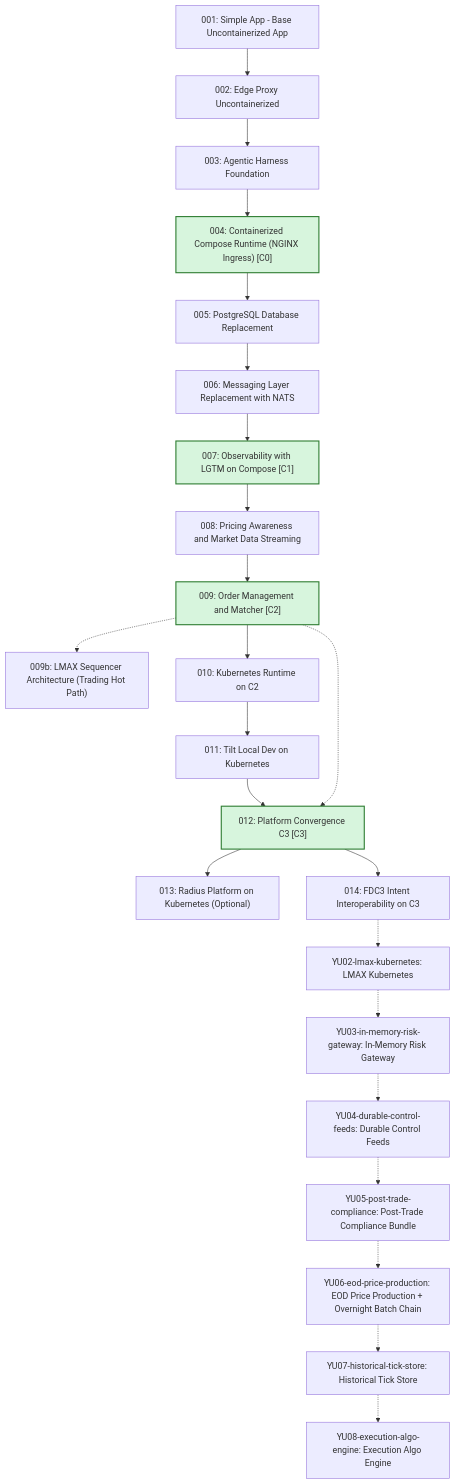
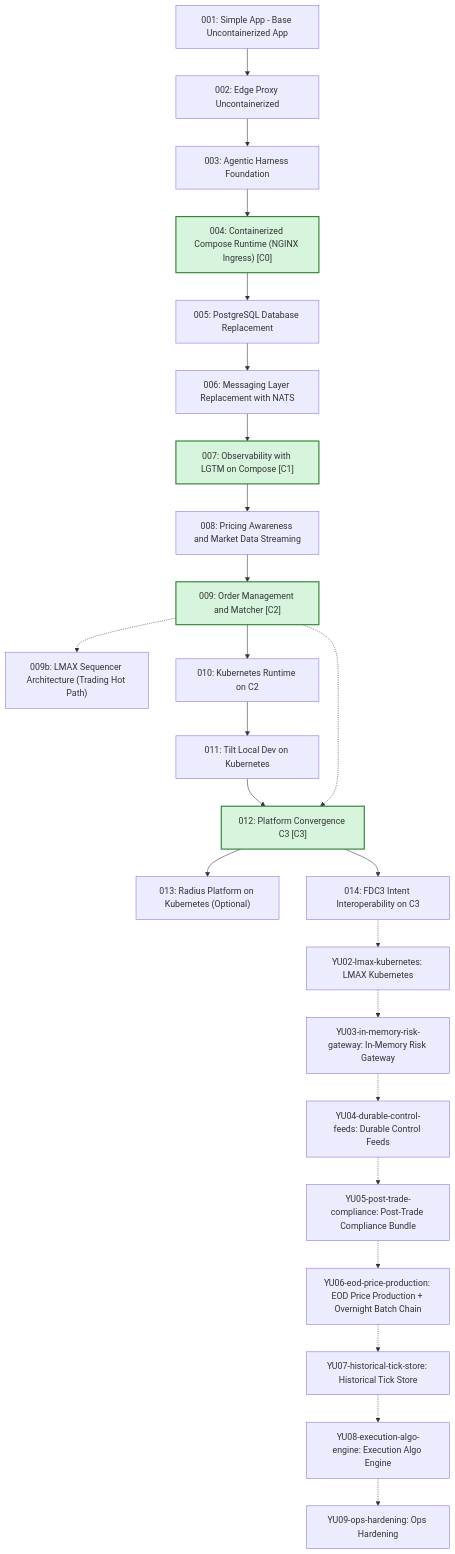
The second of 3 diagrams in docs/learning-paths/index.md (YU-CS-Summer-2026-Distributed-TraderX/traderX), drawn with Mermaid before and after one commit. The commit also changed other lines of this file and 45 other files, not shown here.

````diff
--- a/docs/learning-paths/index.md
+++ b/docs/learning-paths/index.md
@@ -36,74 +36,77 @@
 ```mermaid
 flowchart TB
   S001_baseline_uncontainerized_parity["001: Simple App - Base Uncontainerized App"]
   S002_edge_proxy_uncontainerized["002: Edge Proxy Uncontainerized"]
   S003_agentic_harness_foundation["003: Agentic Harness Foundation"]
   S004_containerized_compose_runtime["004: Containerized Compose Runtime (NGINX Ingress) [C0]"]
   S005_postgres_database_replacement["005: PostgreSQL Database Replacement"]
   S006_messaging_nats_replacement["006: Messaging Layer Replacement with NATS"]
   S007_observability_lgtm_compose["007: Observability with LGTM on Compose [C1]"]
   S008_pricing_awareness_market_data["008: Pricing Awareness and Market Data Streaming"]
   S009_order_management_matcher["009: Order Management and Matcher [C2]"]
   S009b_lmax_sequencer_architecture["009b: LMAX Sequencer Architecture (Trading Hot Path)"]
   S010_kubernetes_runtime["010: Kubernetes Runtime on C2"]
   S011_tilt_kubernetes_dev_loop["011: Tilt Local Dev on Kubernetes"]
   S012_platform_convergence_c3["012: Platform Convergence C3 [C3]"]
   S013_radius_kubernetes_platform["013: Radius Platform on Kubernetes (Optional)"]
   S014_fdc3_intent_interoperability["014: FDC3 Intent Interoperability on C3"]
   SYU02_lmax_kubernetes["YU02-lmax-kubernetes: LMAX Kubernetes"]
   SYU03_in_memory_risk_gateway["YU03-in-memory-risk-gateway: In-Memory Risk Gateway"]
   SYU04_durable_control_feeds["YU04-durable-control-feeds: Durable Control Feeds"]
   SYU05_post_trade_compliance["YU05-post-trade-compliance: Post-Trade Compliance Bundle"]
   SYU06_eod_price_production["YU06-eod-price-production: EOD Price Production + Overnight Batch Chain"]
   SYU07_historical_tick_store["YU07-historical-tick-store: Historical Tick Store"]
   SYU08_execution_algo_engine["YU08-execution-algo-engine: Execution Algo Engine"]
+  SYU09_ops_hardening["YU09-ops-hardening: Ops Hardening"]
   S001_baseline_uncontainerized_parity --> S002_edge_proxy_uncontainerized
   S002_edge_proxy_uncontainerized --> S003_agentic_harness_foundation
   S003_agentic_harness_foundation --> S004_containerized_compose_runtime
   S004_containerized_compose_runtime --> S005_postgres_database_replacement
   S005_postgres_database_replacement --> S006_messaging_nats_replacement
   S006_messaging_nats_replacement --> S007_observability_lgtm_compose
   S007_observability_lgtm_compose --> S008_pricing_awareness_market_data
   S008_pricing_awareness_market_data --> S009_order_management_matcher
   S009_order_management_matcher -.-> S009b_lmax_sequencer_architecture
   S009_order_management_matcher --> S010_kubernetes_runtime
   S010_kubernetes_runtime --> S011_tilt_kubernetes_dev_loop
   S011_tilt_kubernetes_dev_loop --> S012_platform_convergence_c3
   S012_platform_convergence_c3 --> S013_radius_kubernetes_platform
   S012_platform_convergence_c3 --> S014_fdc3_intent_interoperability
   S014_fdc3_intent_interoperability -.-> SYU02_lmax_kubernetes
   SYU02_lmax_kubernetes -.-> SYU03_in_memory_risk_gateway
   SYU03_in_memory_risk_gateway -.-> SYU04_durable_control_feeds
   SYU04_durable_control_feeds -.-> SYU05_post_trade_compliance
   SYU05_post_trade_compliance -.-> SYU06_eod_price_production
   SYU06_eod_price_production -.-> SYU07_historical_tick_store
   SYU07_historical_tick_store -.-> SYU08_execution_algo_engine
+  SYU08_execution_algo_engine -.-> SYU09_ops_hardening
   S009_order_management_matcher -.-> S012_platform_convergence_c3
   click S001_baseline_uncontainerized_parity href "/specs/baseline-uncontainerized-parity" "Open State 001 Spec Pack"
   click S002_edge_proxy_uncontainerized href "/specs/edge-proxy-uncontainerized" "Open State 002 Spec Pack"
   click S003_agentic_harness_foundation href "/specs/agentic-harness-foundation" "Open State 003 Spec Pack"
   click S004_containerized_compose_runtime href "/specs/containerized-compose-runtime" "Open State 004 Spec Pack"
   click S005_postgres_database_replacement href "/specs/postgres-database-replacement" "Open State 005 Spec Pack"
   click S006_messaging_nats_replacement href "/specs/messaging-nats-replacement" "Open State 006 Spec Pack"
   click S007_observability_lgtm_compose href "/specs/observability-lgtm-compose" "Open State 007 Spec Pack"
   click S008_pricing_awareness_market_data href "/specs/pricing-awareness-market-data" "Open State 008 Spec Pack"
   click S009_order_management_matcher href "/specs/order-management-matcher" "Open State 009 Spec Pack"
   click S009b_lmax_sequencer_architecture href "/specs/lmax-sequencer-architecture" "Open State 009b Spec Pack"
   click S010_kubernetes_runtime href "/specs/kubernetes-runtime" "Open State 010 Spec Pack"
   click S011_tilt_kubernetes_dev_loop href "/specs/tilt-kubernetes-dev-loop" "Open State 011 Spec Pack"
   click S012_platform_convergence_c3 href "/specs/platform-convergence-c3" "Open State 012 Spec Pack"
   click S013_radius_kubernetes_platform href "/specs/radius-kubernetes-platform" "Open State 013 Spec Pack"
   click S014_fdc3_intent_interoperability href "/specs/fdc3-intent-interoperability" "Open State 014 Spec Pack"
   click SYU02_lmax_kubernetes href "/specs/YU02-lmax-kubernetes" "Open State YU02-lmax-kubernetes Spec Pack"
   click SYU03_in_memory_risk_gateway href "/specs/YU03-in-memory-risk-gateway" "Open State YU03-in-memory-risk-gateway Spec Pack"
   click SYU04_durable_control_feeds href "/specs/YU04-durable-control-feeds" "Open State YU04-durable-control-feeds Spec Pack"
   click SYU05_post_trade_compliance href "/specs/YU05-post-trade-compliance" "Open State YU05-post-trade-compliance Spec Pack"
   click SYU06_eod_price_production href "/specs/YU06-eod-price-production" "Open State YU06-eod-price-production Spec Pack"
   click SYU07_historical_tick_store href "/specs/YU07-historical-tick-store" "Open State YU07-historical-tick-store Spec Pack"
   click SYU08_execution_algo_engine href "/specs/YU08-execution-algo-engine" "Open State YU08-execution-algo-engine Spec Pack"
+  click SYU09_ops_hardening href "/specs/YU09-ops-hardening" "Open State YU09-ops-hardening Spec Pack"
   classDef convergence fill:#d7f5dd,stroke:#2e7d32,stroke-width:2px
   class S004_containerized_compose_runtime convergence
   class S007_observability_lgtm_compose convergence
   class S009_order_management_matcher convergence
   class S012_platform_convergence_c3 convergence
 ```
````
